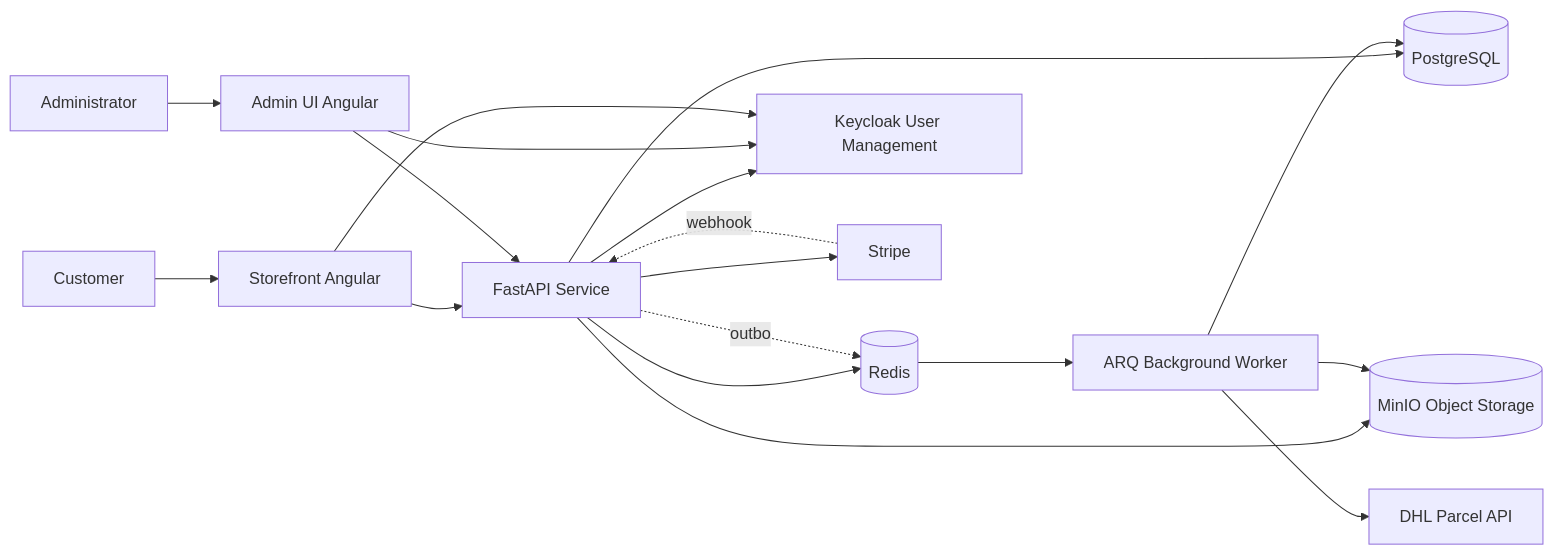
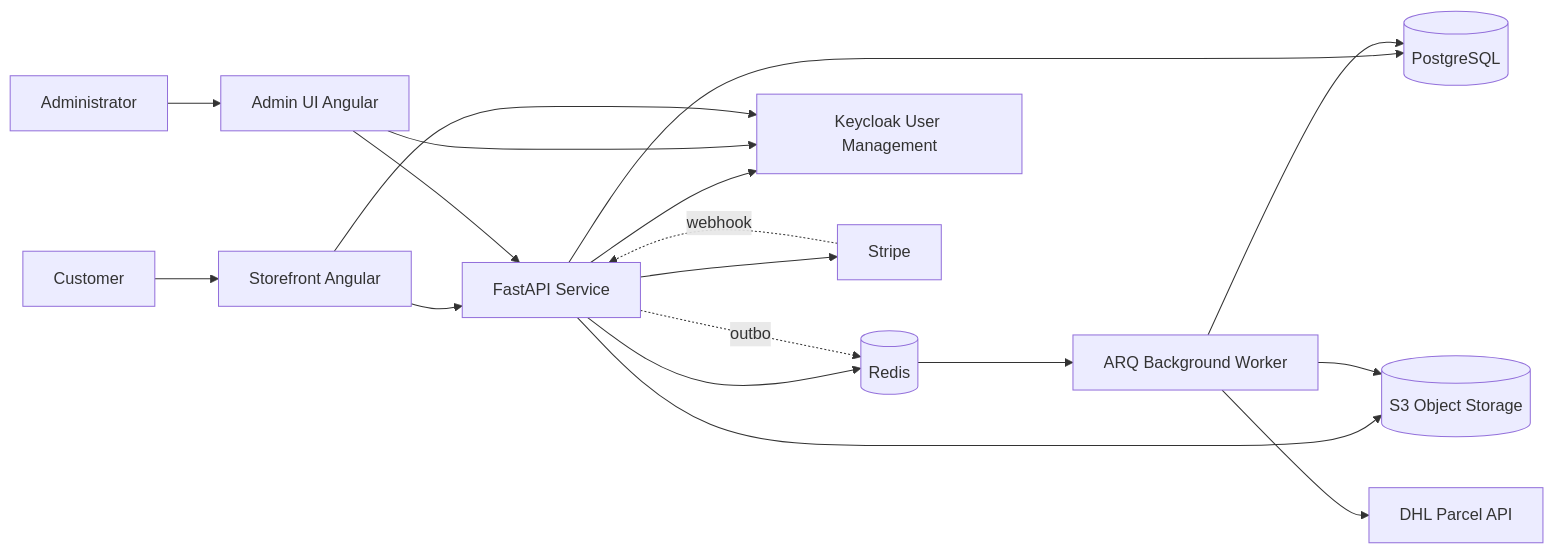
One commit to OpenTaberna/wiki changed the first of 2 diagrams in home.md. Above: the diagram before and after it, drawn with Mermaid. The commit also changed other lines of this file and 5 other files, not shown here.

First line of the commit message:
docs: document Garage instead of MinIO as the object store (#16)

````diff
--- a/home.md
+++ b/home.md
@@ -42,40 +42,40 @@
 ```mermaid
 graph LR
 
     Shopper[Customer]
     Admin[Administrator]
 
     Frontend[Storefront Angular]
     AdminUI[Admin UI Angular]
 
     FastAPI[FastAPI Service]
     Worker[ARQ Background Worker]
     DB[(PostgreSQL)]
     Redis[(Redis)]
-    Storage[(MinIO Object Storage)]
+    Storage[(S3 Object Storage)]
     Keycloak[Keycloak User Management]
     Stripe[Stripe]
     DHL[DHL Parcel API]
 
     Shopper --> Frontend
     Admin --> AdminUI
 
     Frontend --> FastAPI
     AdminUI --> FastAPI
 
     FastAPI --> DB
     FastAPI --> Redis
     FastAPI --> Storage
     FastAPI --> Keycloak
     AdminUI --> Keycloak
     Frontend --> Keycloak
 
     FastAPI --> Stripe
     Stripe -.webhook.-> FastAPI
 
     FastAPI -.outbox.-> Redis
     Redis --> Worker
     Worker --> DB
     Worker --> Storage
     Worker --> DHL
 ```
````
